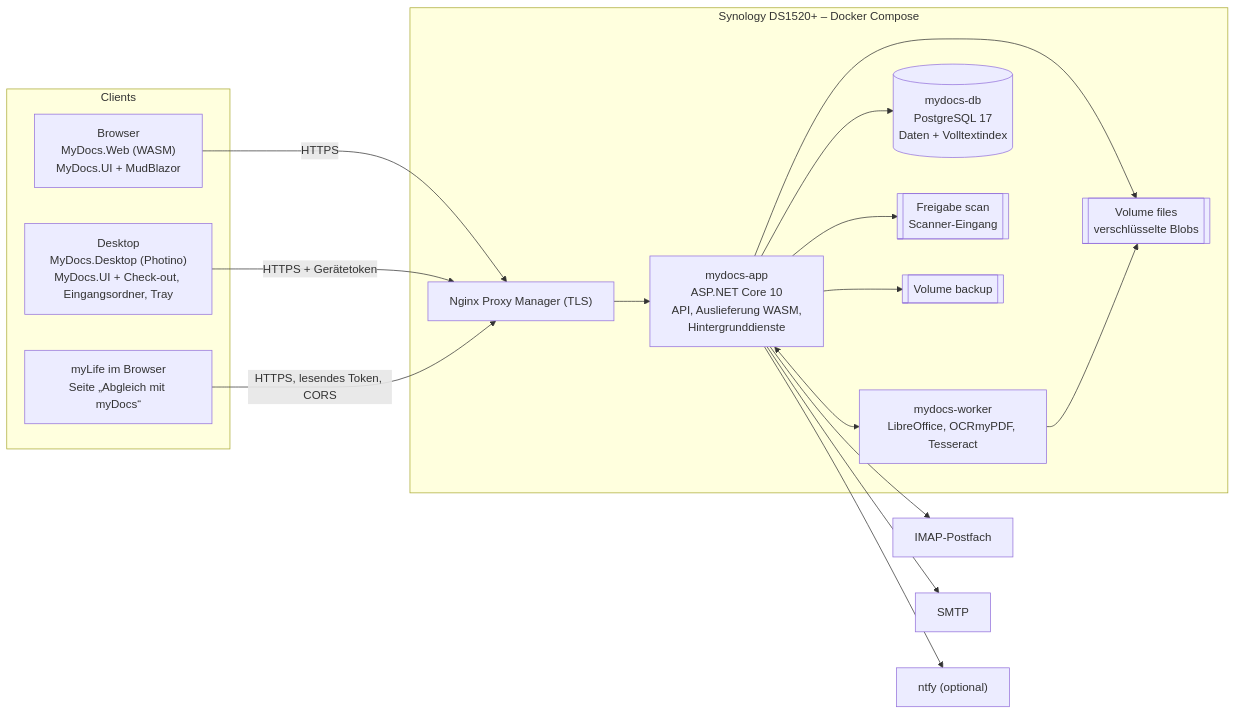
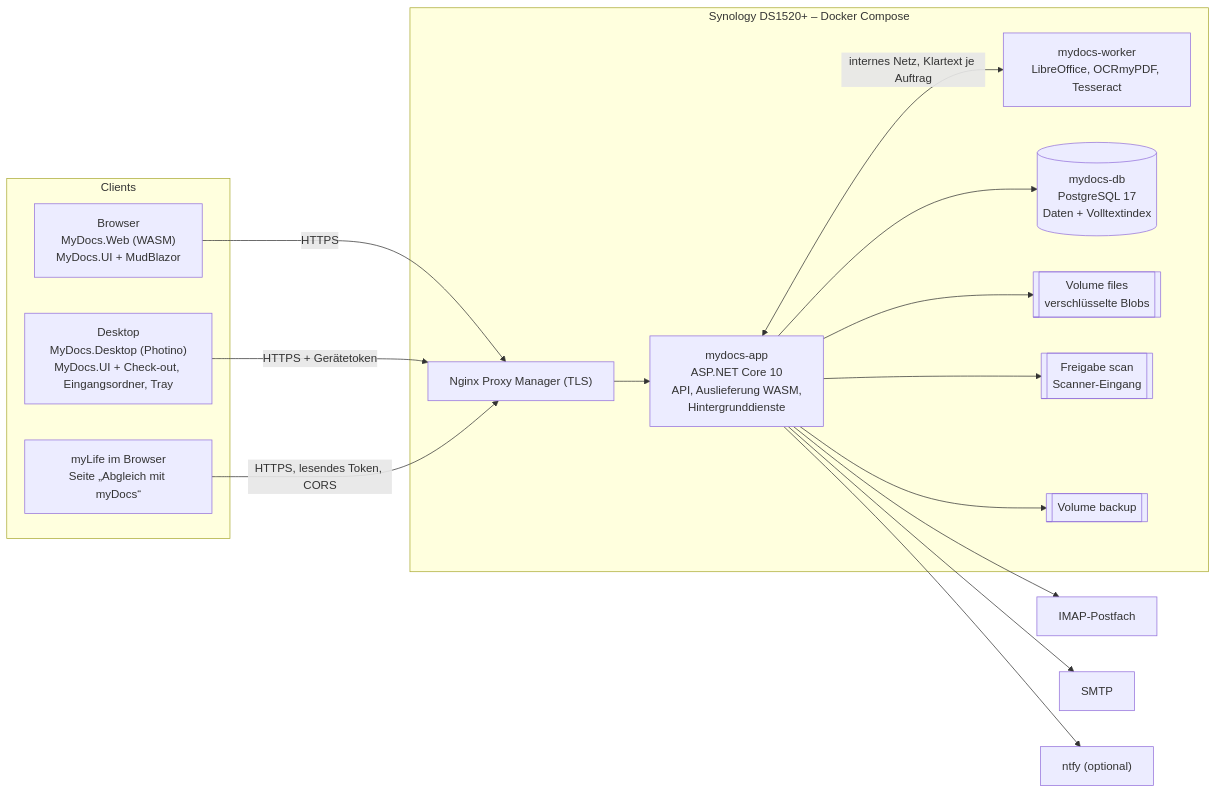
One commit to eckis-corner/myDocs changed the first of 5 diagrams in docs/architektur.md. Above: the diagram before and after it, drawn with Mermaid. The commit also changed other lines of this file and 44 other files, not shown here.

````diff
--- a/docs/architektur.md
+++ b/docs/architektur.md
@@ -27,35 +27,34 @@
 ```mermaid
 flowchart LR
     subgraph Clients
         WEB["Browser<br/>MyDocs.Web (WASM)<br/>MyDocs.UI + MudBlazor"]
         DESK["Desktop<br/>MyDocs.Desktop (Photino)<br/>MyDocs.UI + Check-out, Eingangsordner, Tray"]
         ML["myLife im Browser<br/>Seite „Abgleich mit myDocs“"]
     end
 
     subgraph Synology["Synology DS1520+ – Docker Compose"]
         NPM["Nginx Proxy Manager (TLS)"]
         APP["mydocs-app<br/>ASP.NET Core 10<br/>API, Auslieferung WASM,<br/>Hintergrunddienste"]
         WRK["mydocs-worker<br/>LibreOffice, OCRmyPDF, Tesseract"]
         DB[("mydocs-db<br/>PostgreSQL 17<br/>Daten + Volltextindex")]
         FILES[["Volume files<br/>verschlüsselte Blobs"]]
         SCAN[["Freigabe scan<br/>Scanner-Eingang"]]
         BAK[["Volume backup"]]
         APP --> DB
         APP --> FILES
         APP --> BAK
-        APP <--> WRK
-        WRK --> FILES
+        APP <-- "internes Netz, Klartext je Auftrag" --> WRK
         APP --> SCAN
     end
 
     IMAP["IMAP-Postfach"]
     SMTP["SMTP"]
     NTFY["ntfy (optional)"]
 
     WEB -- HTTPS --> NPM --> APP
     DESK -- HTTPS + Gerätetoken --> NPM
     ML -- "HTTPS, lesendes Token, CORS" --> NPM
     APP --> IMAP
     APP --> SMTP
     APP --> NTFY
 ```
````
